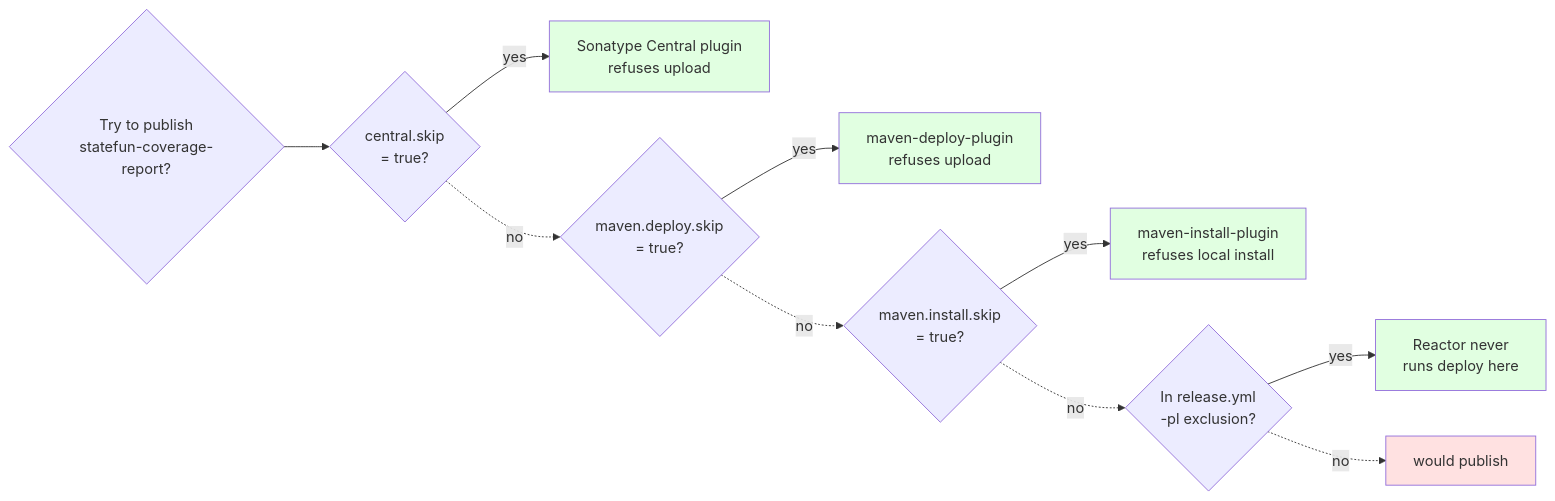
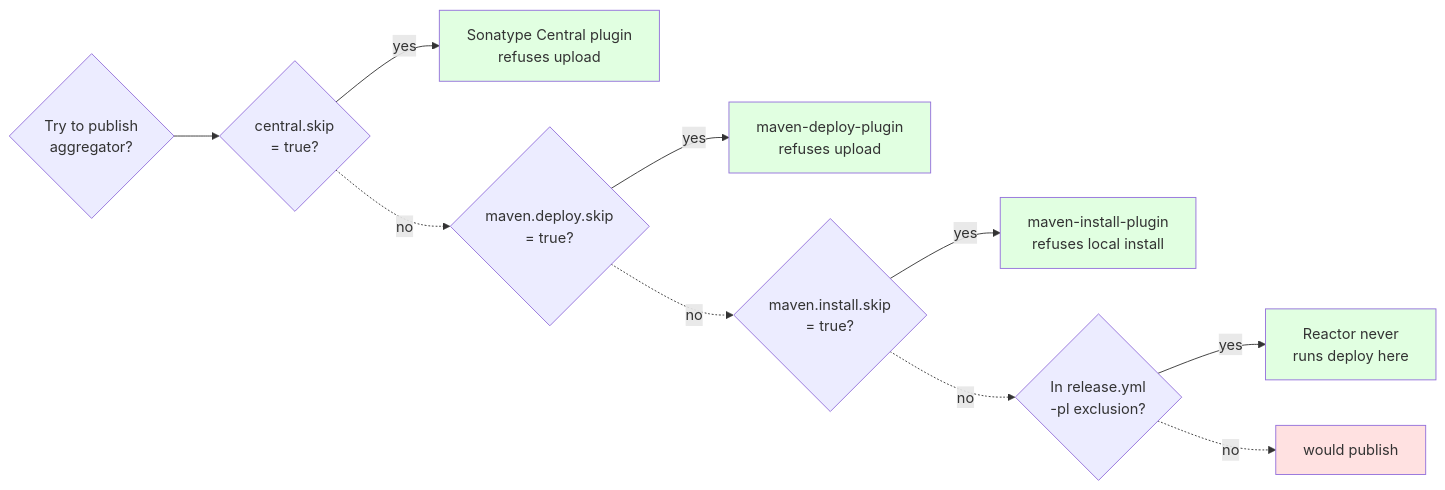
One commit to kzmlabs/flink-statefun changed the fifth of 5 diagrams in statefun-coverage-report/README.md. Above: the diagram before and after it, drawn with Mermaid. The commit also changed other lines of this file, not shown here.

First line of the commit message:
docs(coverage): refresh aggregator README for two-flag setup

````diff
--- a/statefun-coverage-report/README.md
+++ b/statefun-coverage-report/README.md
@@ -178,18 +177,18 @@
 ```mermaid
 flowchart LR
-    PUB{Try to publish<br/>statefun-coverage-report?} --> G1{central.skip<br/>= true?}
-    G1 -->|yes| BLOCK1[Sonatype Central plugin<br/>refuses upload]
-    G1 -.->|no| G2{maven.deploy.skip<br/>= true?}
-    G2 -->|yes| BLOCK2[maven-deploy-plugin<br/>refuses upload]
-    G2 -.->|no| G3{maven.install.skip<br/>= true?}
-    G3 -->|yes| BLOCK3[maven-install-plugin<br/>refuses local install]
-    G3 -.->|no| G4{In release.yml<br/>-pl exclusion?}
-    G4 -->|yes| BLOCK4[Reactor never<br/>runs deploy here]
-    G4 -.->|no| LEAK[would publish]
+    PUB{"Try to publish<br/>aggregator?"} --> G1{"central.skip<br/>= true?"}
+    G1 -->|"yes"| BLOCK1["Sonatype Central plugin<br/>refuses upload"]
+    G1 -.->|"no"| G2{"maven.deploy.skip<br/>= true?"}
+    G2 -->|"yes"| BLOCK2["maven-deploy-plugin<br/>refuses upload"]
+    G2 -.->|"no"| G3{"maven.install.skip<br/>= true?"}
+    G3 -->|"yes"| BLOCK3["maven-install-plugin<br/>refuses local install"]
+    G3 -.->|"no"| G4{"In release.yml<br/>-pl exclusion?"}
+    G4 -->|"yes"| BLOCK4["Reactor never<br/>runs deploy here"]
+    G4 -.->|"no"| LEAK["would publish"]
 
     style BLOCK1 fill:#e1ffe1
     style BLOCK2 fill:#e1ffe1
     style BLOCK3 fill:#e1ffe1
     style BLOCK4 fill:#e1ffe1
     style LEAK fill:#ffe1e1
 ```
````
